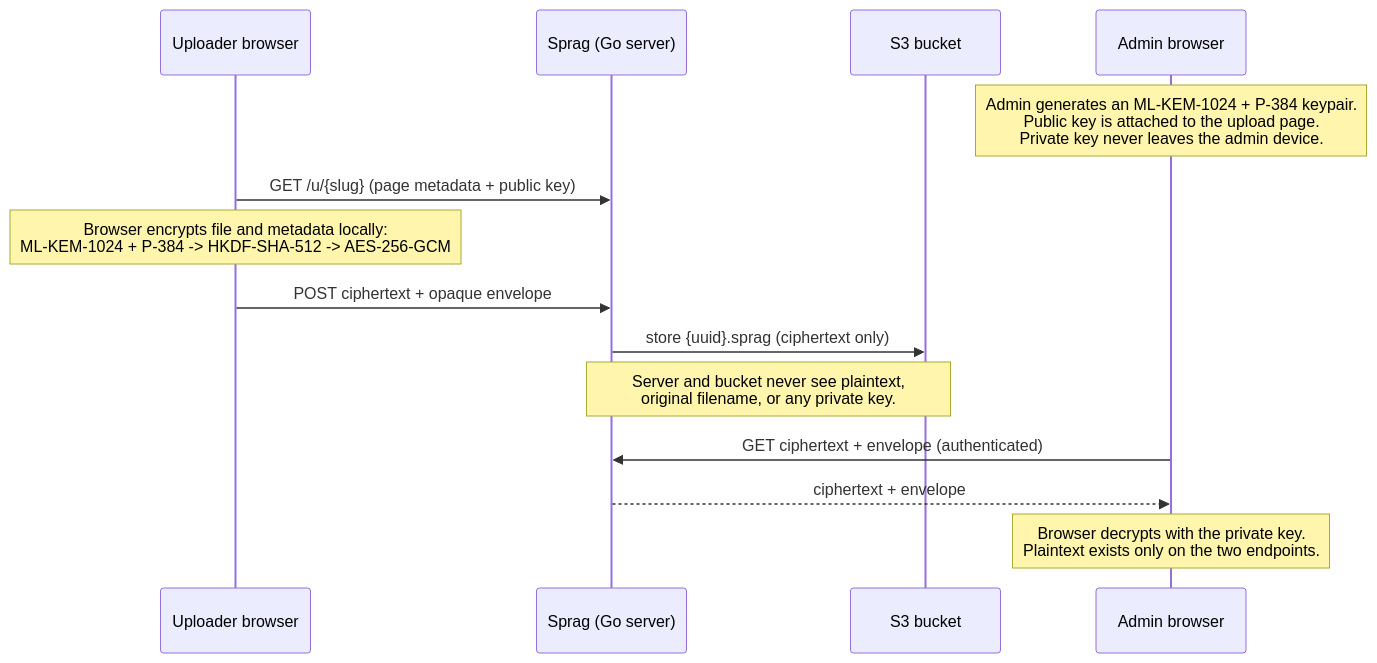
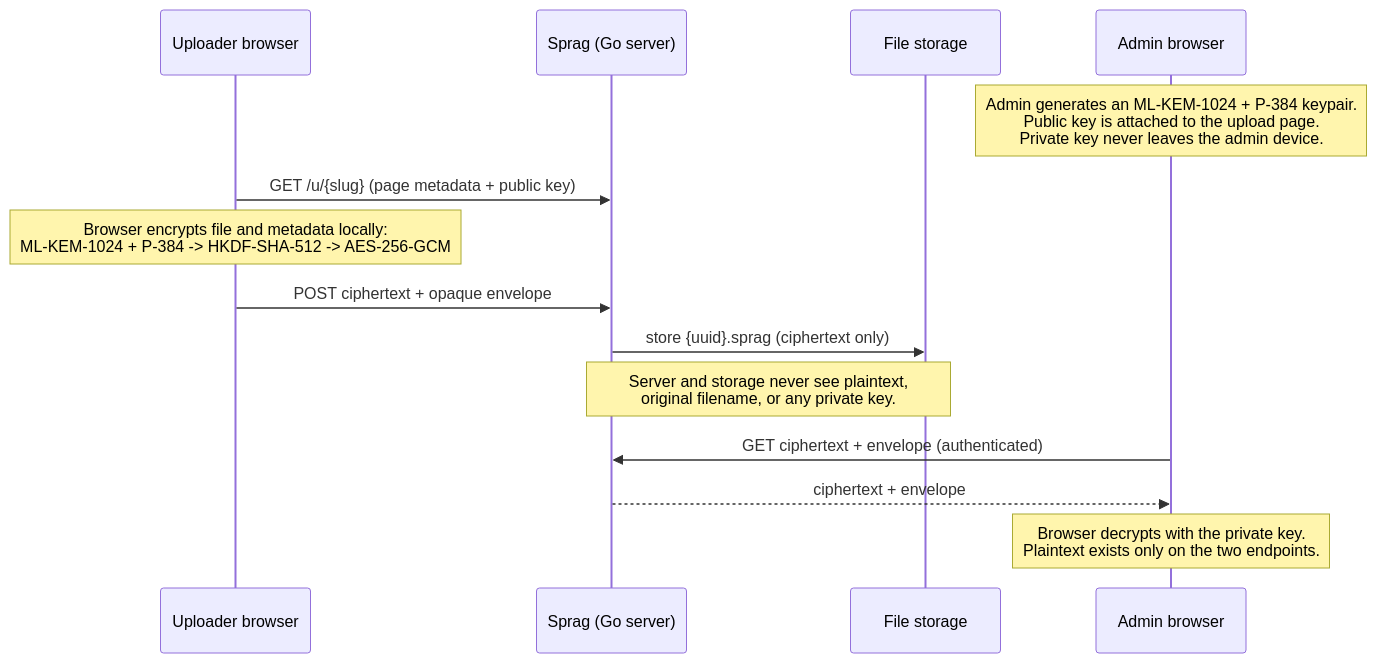
One commit to itSensVue/Sens-Vue-Secure-Upload changed the diagram in README.md. Above: the diagram before and after it, drawn with Mermaid. The commit also changed other lines of this file and 13 other files, not shown here.

````diff
--- a/README.md
+++ b/README.md
@@ -73,17 +73,17 @@
 ```mermaid
 sequenceDiagram
     participant U as Uploader browser
     participant P as Sprag (Go server)
-    participant S as S3 bucket
+    participant S as File storage
     participant A as Admin browser
 
     Note over A: Admin generates an ML-KEM-1024 + P-384 keypair.<br/>Public key is attached to the upload page.<br/>Private key never leaves the admin device.
     U->>P: GET /u/{slug}  (page metadata + public key)
     Note over U: Browser encrypts file and metadata locally:<br/>ML-KEM-1024 + P-384 -> HKDF-SHA-512 -> AES-256-GCM
     U->>P: POST ciphertext + opaque envelope
     P->>S: store {uuid}.sprag  (ciphertext only)
-    Note over P,S: Server and bucket never see plaintext,<br/>original filename, or any private key.
+    Note over P,S: Server and storage never see plaintext,<br/>original filename, or any private key.
     A->>P: GET ciphertext + envelope  (authenticated)
     P-->>A: ciphertext + envelope
     Note over A: Browser decrypts with the private key.<br/>Plaintext exists only on the two endpoints.
 ```
````
